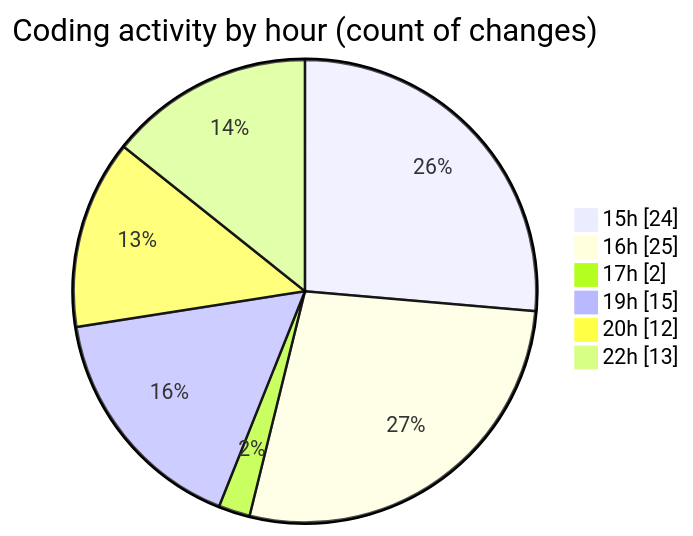
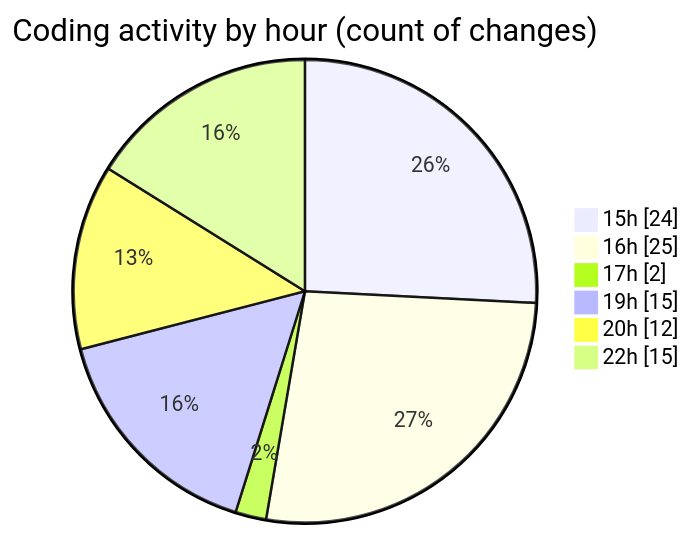
The second of 2 diagrams in 2025-07-31/tw-server/README.md (EIIisD/code-tracking), drawn with Mermaid before and after one commit. The commit also changed other lines of this file and 1 other file, not shown here.

````diff
--- a/2025-07-31/tw-server/README.md
+++ b/2025-07-31/tw-server/README.md
@@ -46,10 +46,10 @@
 ```mermaid
 pie showData
 title Coding activity by hour (count of changes)
 "15h" : 24
 "16h" : 25
 "17h" : 2
 "19h" : 15
 "20h" : 12
-"22h" : 13
+"22h" : 15
 ```
````
